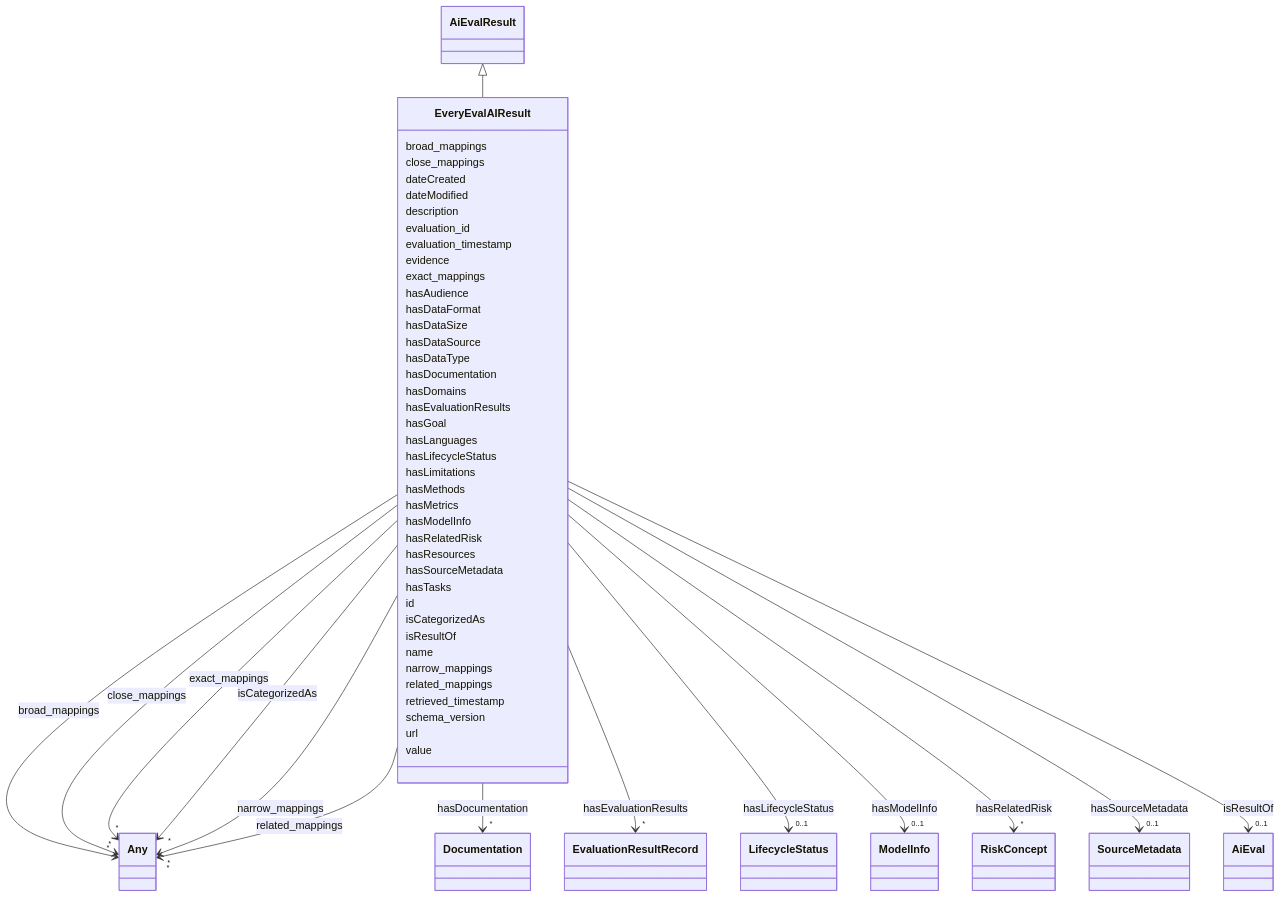
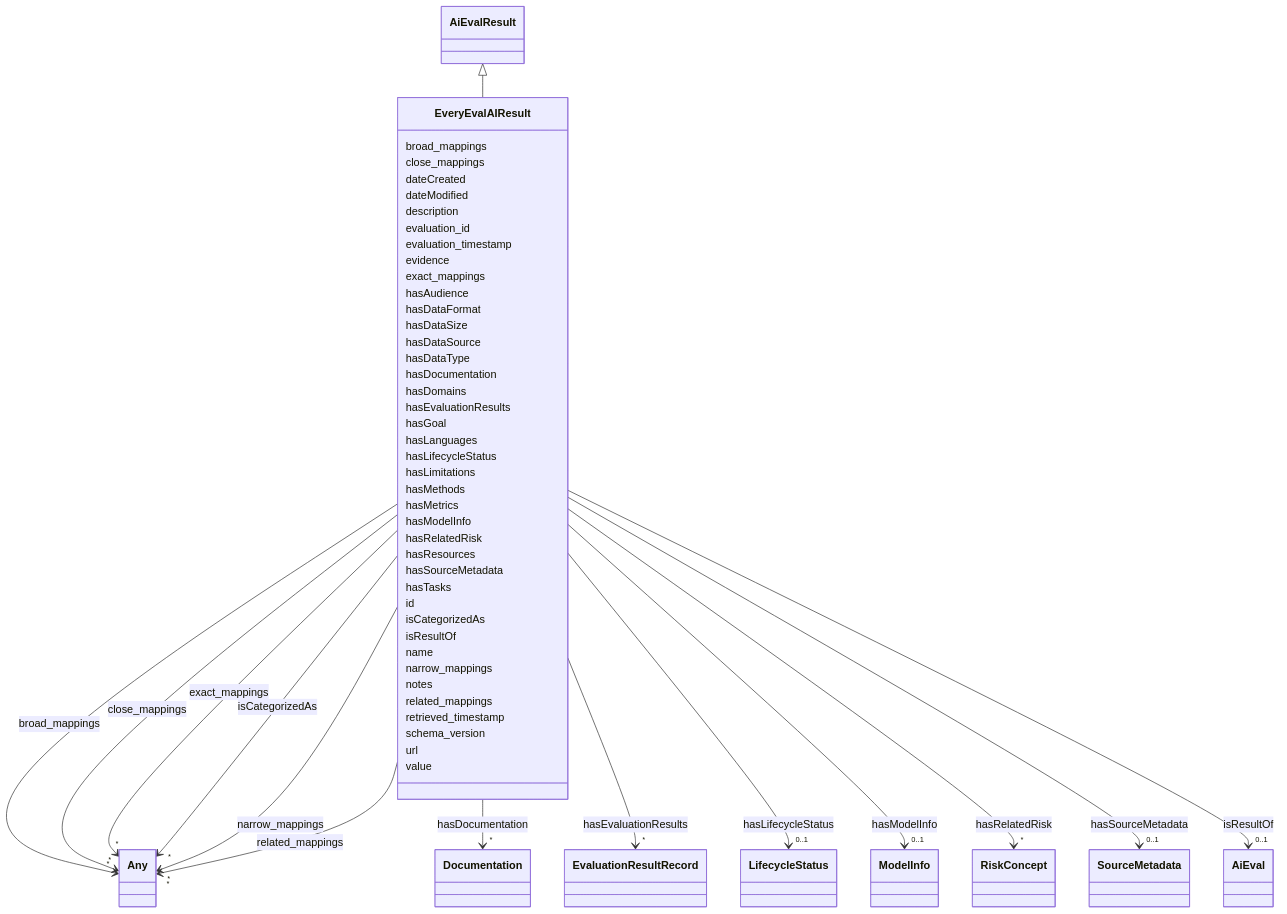
Before and after one commit to ingelise/risk-atlas-nexus: the diagram in docs/ontology/EveryEvalAIResult.md, drawn with Mermaid. The commit also changed other lines of this file and 318 other files, not shown here.

```diff
--- a/docs/ontology/EveryEvalAIResult.md
+++ b/docs/ontology/EveryEvalAIResult.md
@@ -192,6 +192,8 @@
 
 
 
+      EveryEvalAIResult : notes
+
       EveryEvalAIResult : related_mappings
 
 
```
